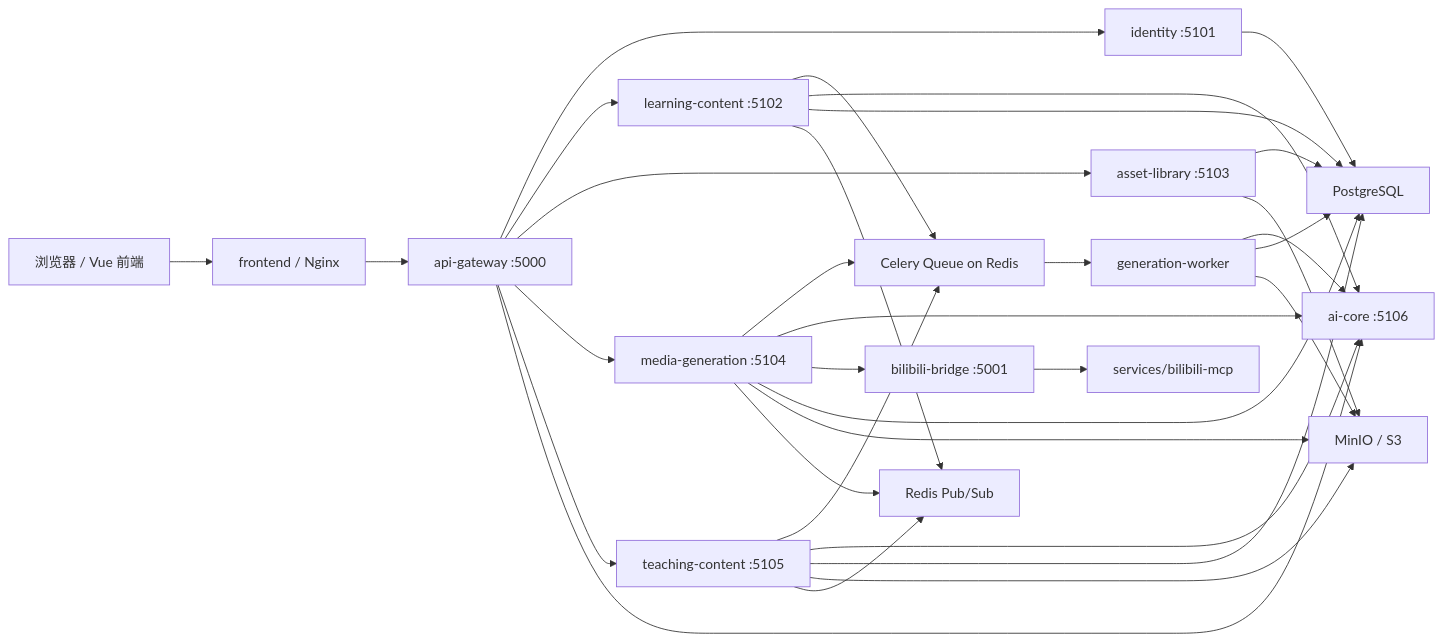
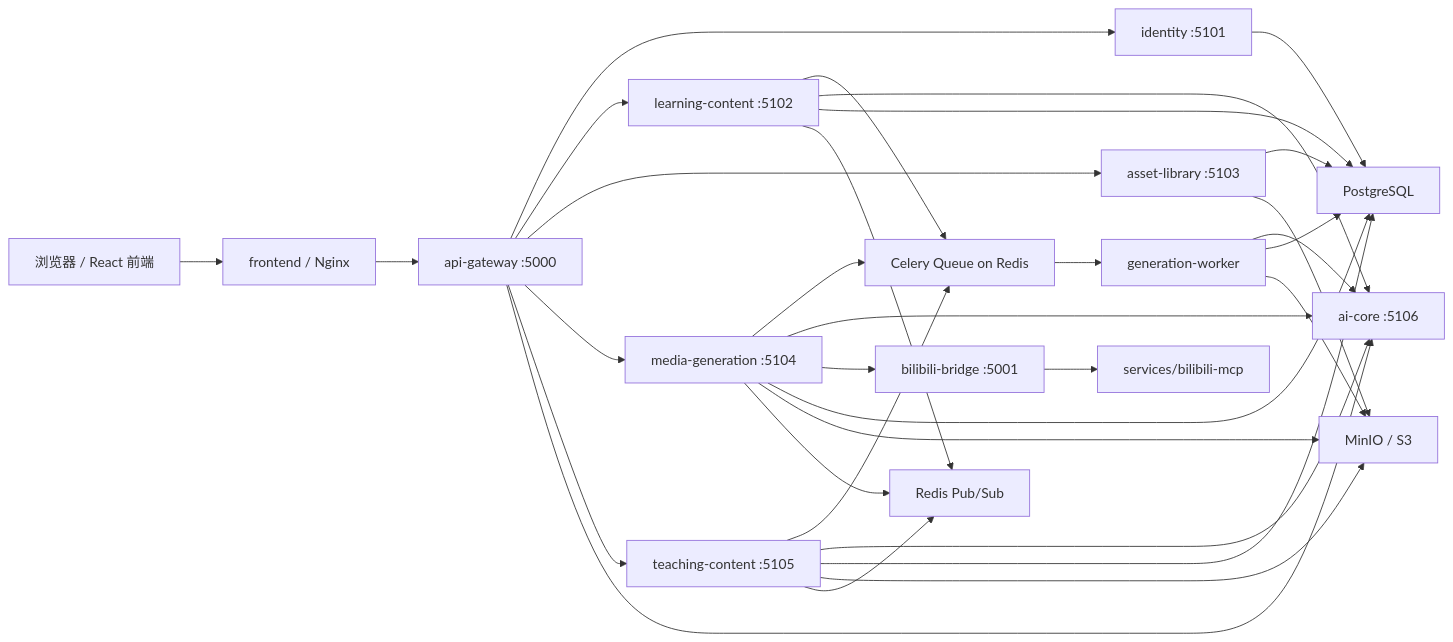
The diagram in README.md (XXXXXQ-0206/EduMind), drawn with Mermaid before and after one commit. The commit also changed other lines of this file and 231 other files, not shown here.

Commit message:
feat: rebuild frontend with shadcn react workspace

````diff
--- a/README.md
+++ b/README.md
@@ -32,40 +32,40 @@
 ```mermaid
 flowchart LR
-  Browser["浏览器 / Vue 前端"] --> Nginx["frontend / Nginx"]
+  Browser["浏览器 / React 前端"] --> Nginx["frontend / Nginx"]
   Nginx --> Gateway["api-gateway :5000"]
 
   Gateway --> Identity["identity :5101"]
   Gateway --> Learning["learning-content :5102"]
   Gateway --> Assets["asset-library :5103"]
   Gateway --> Media["media-generation :5104"]
   Gateway --> Teaching["teaching-content :5105"]
   Gateway --> AICore["ai-core :5106"]
 
   Learning --> Queue["Celery Queue on Redis"]
   Media --> Queue
   Teaching --> Queue
   Queue --> Worker["generation-worker"]
 
   Learning --> AICore
   Media --> AICore
   Teaching --> AICore
   Worker --> AICore
 
   Media --> BiliBridge["bilibili-bridge :5001"]
   BiliBridge --> BiliMCP["services/bilibili-mcp"]
 
   Identity --> Postgres["PostgreSQL"]
   Learning --> Postgres
   Assets --> Postgres
   Media --> Postgres
   Teaching --> Postgres
   Worker --> Postgres
 
   Assets --> MinIO["MinIO / S3"]
   Media --> MinIO
   Teaching --> MinIO
   Worker --> MinIO
   Learning --> Redis["Redis Pub/Sub"]
   Media --> Redis
   Teaching --> Redis
 ```
````
